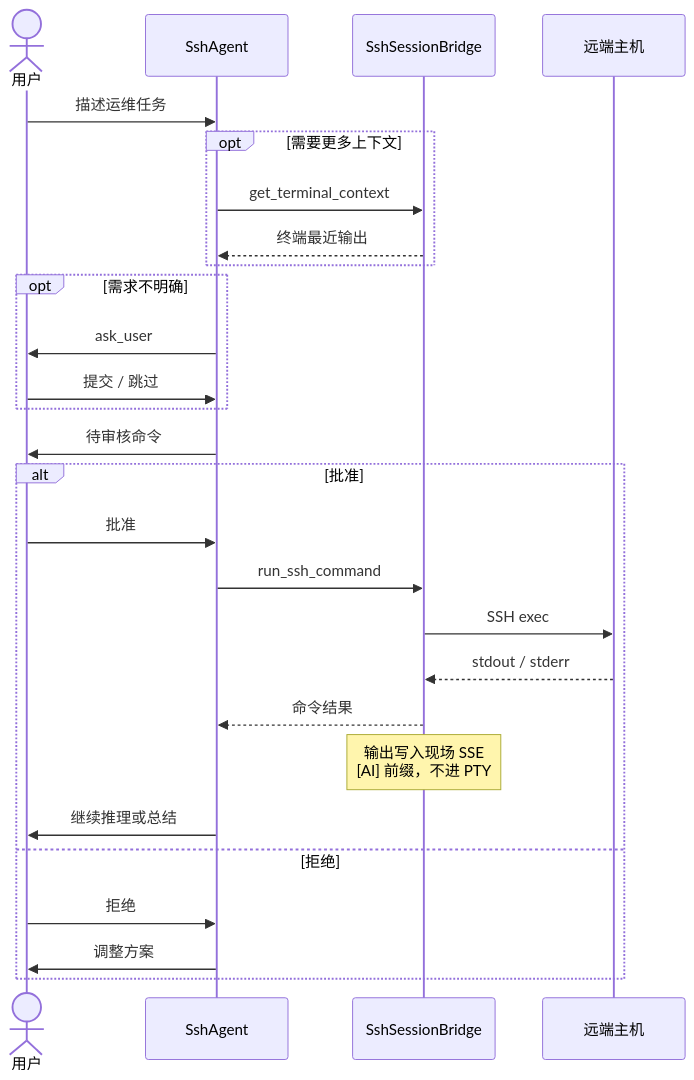
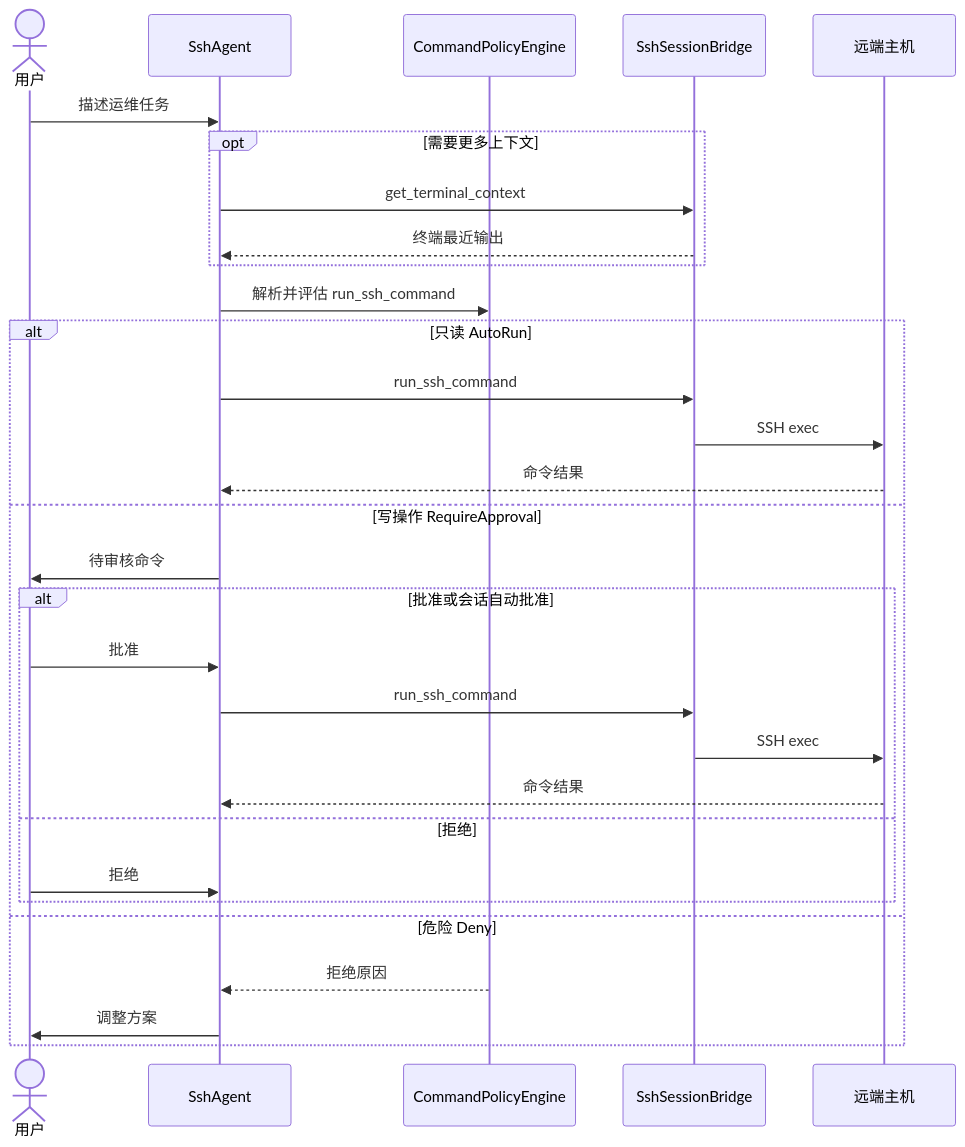
Before and after one commit to reactphp-x/web-ssh: the fourth of 6 diagrams in README.md, drawn with Mermaid. The commit also changed other lines of this file and 51 other files, not shown here.

First line of the commit message:
Add command policy engine for AI SSH execution with approval gates.

````diff
--- a/README.md
+++ b/README.md
@@ -205,30 +214,33 @@
 ```mermaid
 sequenceDiagram
     actor U as 用户
     participant AI as SshAgent
+    participant P as CommandPolicyEngine
     participant S as SshSessionBridge
     participant H as 远端主机
 
     U->>AI: 描述运维任务
     opt 需要更多上下文
         AI->>S: get_terminal_context
         S-->>AI: 终端最近输出
     end
-    opt 需求不明确
-        AI->>U: ask_user
-        U->>AI: 提交 / 跳过
-    end
-    AI->>U: 待审核命令
-    alt 批准
-        U->>AI: 批准
+    AI->>P: 解析并评估 run_ssh_command
+    alt 只读 AutoRun
         AI->>S: run_ssh_command
         S->>H: SSH exec
-        H-->>S: stdout / stderr
-        S-->>AI: 命令结果
-        Note over S: 输出写入现场 SSE<br/>[AI] 前缀，不进 PTY
-        AI->>U: 继续推理或总结
-    else 拒绝
-        U->>AI: 拒绝
+        H-->>AI: 命令结果
+    else 写操作 RequireApproval
+        AI->>U: 待审核命令
+        alt 批准或会话自动批准
+            U->>AI: 批准
+            AI->>S: run_ssh_command
+            S->>H: SSH exec
+            H-->>AI: 命令结果
+        else 拒绝
+            U->>AI: 拒绝
+        end
+    else 危险 Deny
+        P-->>AI: 拒绝原因
         AI->>U: 调整方案
     end
 ```
````
